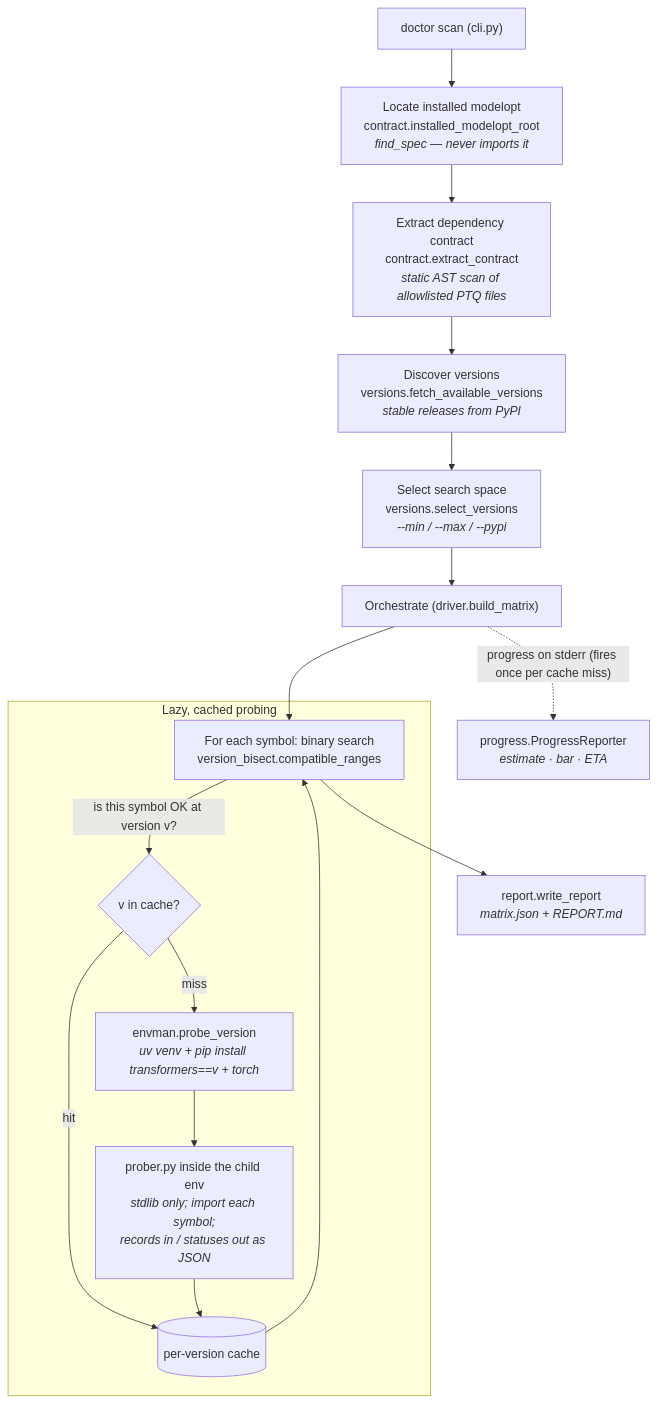
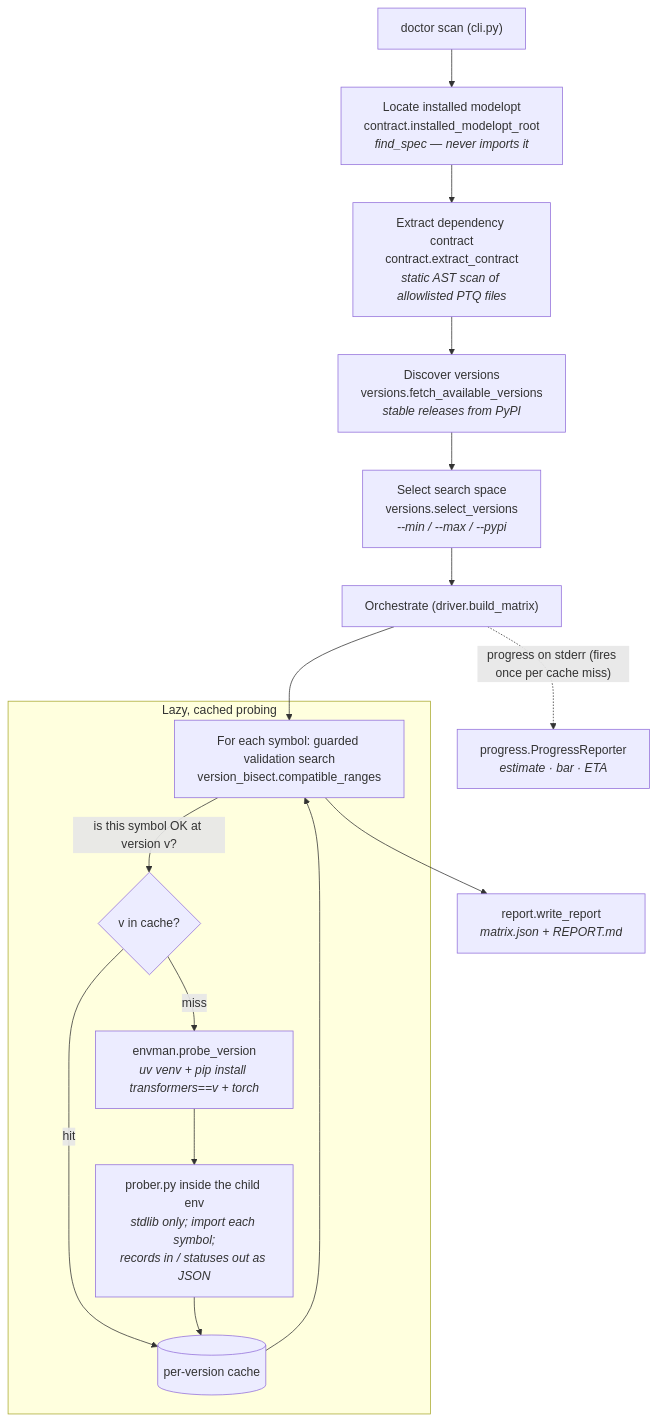
The first of 8 diagrams in README.md (joe0731/modelopt_ptq_transformers_doctor), drawn with Mermaid before and after one commit. The commit also changed other lines of this file and 11 other files, not shown here.

````diff
--- a/README.md
+++ b/README.md
@@ -66,22 +66,22 @@
 ```mermaid
 flowchart TD
     scan["doctor scan&nbsp;(cli.py)"] --> locate["Locate installed modelopt<br/>contract.installed_modelopt_root<br/><i>find_spec — never imports it</i>"]
     locate --> extract["Extract dependency contract<br/>contract.extract_contract<br/><i>static AST scan of allowlisted PTQ files</i>"]
     extract --> discover["Discover versions<br/>versions.fetch_available_versions<br/><i>stable releases from PyPI</i>"]
     discover --> select["Select search space<br/>versions.select_versions<br/><i>--min / --max / --pypi</i>"]
     select --> orchestrate["Orchestrate&nbsp;(driver.build_matrix)"]
 
-    orchestrate --> bisect["For each symbol: binary search<br/>version_bisect.compatible_ranges"]
+    orchestrate --> bisect["For each symbol: guarded validation search<br/>version_bisect.compatible_ranges"]
 
     subgraph probing["Lazy, cached probing"]
       bisect -->|"is this symbol OK at version v?"| cache_check{"v in cache?"}
       cache_check -->|hit| cache[("per-version cache")]
       cache_check -->|miss| install_env["envman.probe_version<br/><i>uv venv + pip install transformers==v + torch</i>"]
       install_env --> prober["prober.py inside the child env<br/><i>stdlib only; import each symbol;<br/>records in / statuses out as JSON</i>"]
       prober --> cache
       cache --> bisect
     end
 
     bisect --> report["report.write_report<br/><i>matrix.json + REPORT.md</i>"]
     orchestrate -. "progress on stderr (fires once per cache miss)" .-> progress["progress.ProgressReporter<br/><i>estimate · bar · ETA</i>"]
 ```
````
